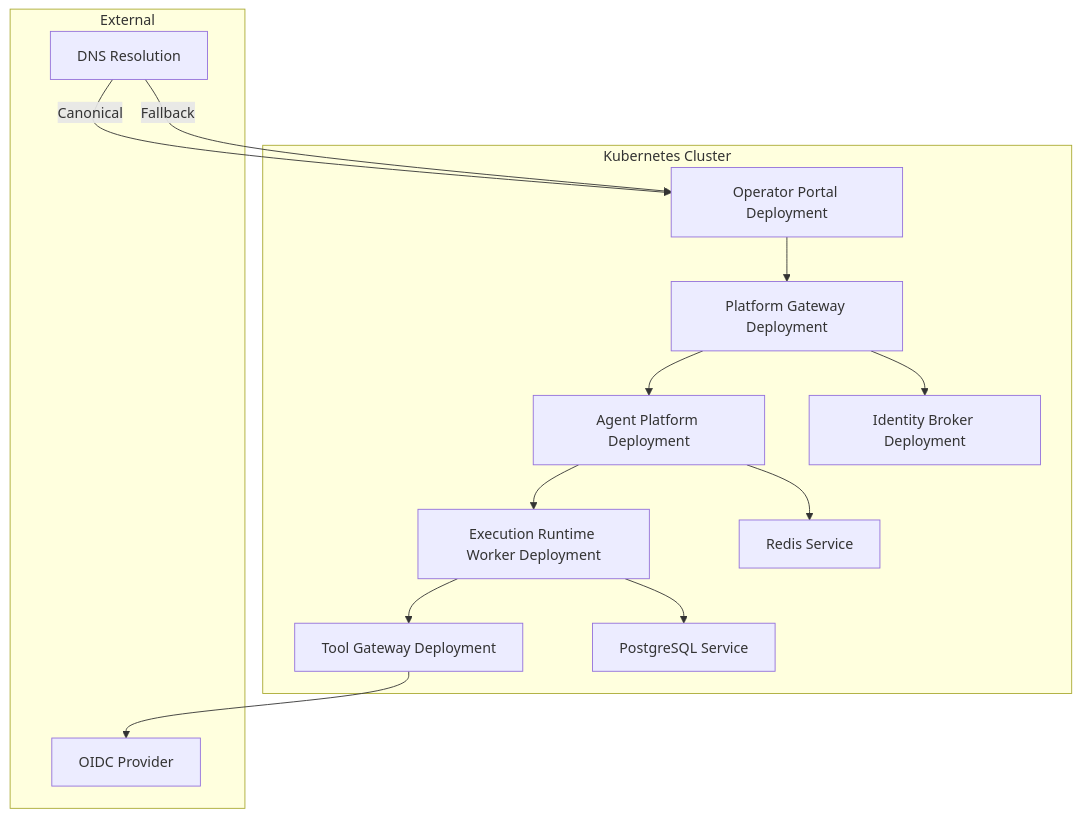
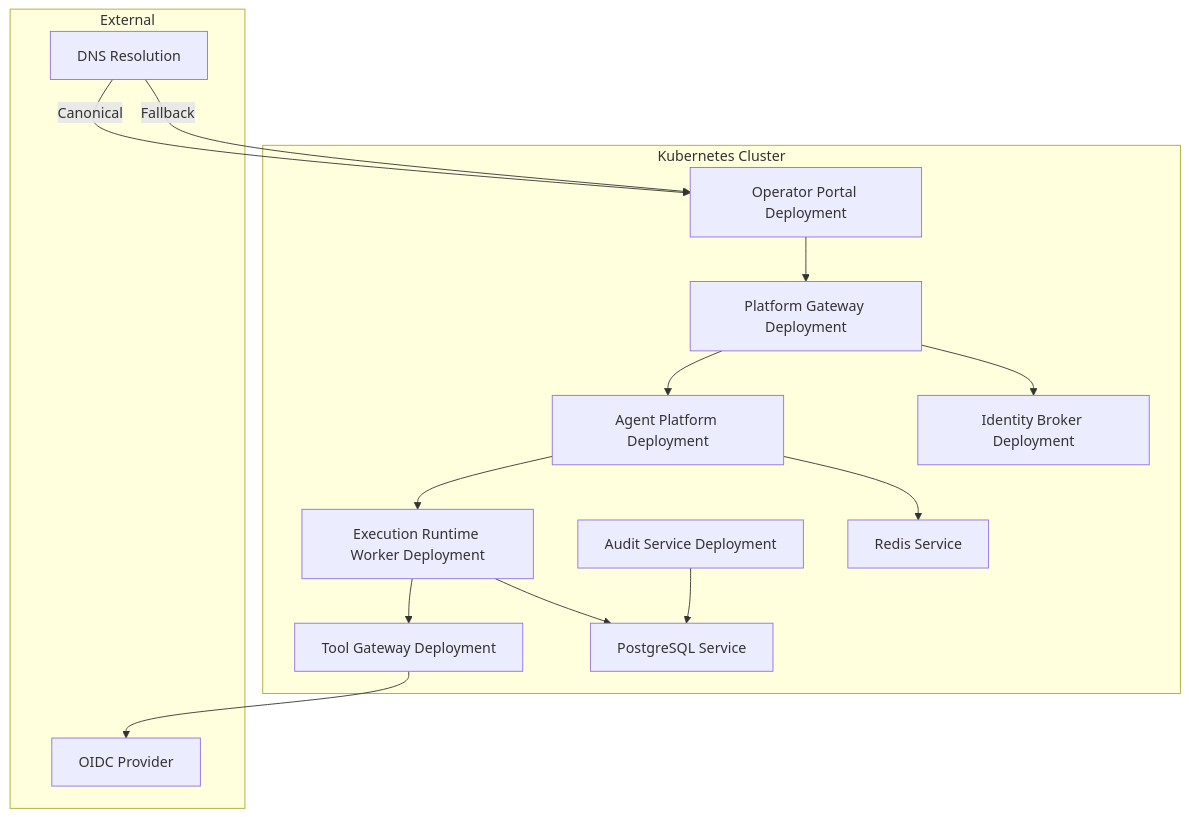
Before and after one commit to metasync/luban-aiops: the ninth of 9 diagrams in .qoder/repowiki/en/content/Architecture Documentation/Architecture Documentation.md, drawn with Mermaid. The commit also changed other lines of this file and 11 other files, not shown here.

````diff
--- a/.qoder/repowiki/en/content/Architecture Documentation/Architecture Documentation.md
+++ b/.qoder/repowiki/en/content/Architecture Documentation/Architecture Documentation.md
@@ -606,27 +640,29 @@
 ```mermaid
 graph TB
 subgraph "Kubernetes Cluster"
 PGW["Platform Gateway Deployment"]
 TGW["Tool Gateway Deployment"]
 ERW["Execution Runtime Worker Deployment"]
 AG["Agent Platform Deployment"]
 ID["Identity Broker Deployment"]
 UI["Operator Portal Deployment"]
+AS["Audit Service Deployment"]
 REDIS["Redis Service"]
 POSTGRES["PostgreSQL Service"]
 end
 subgraph "External"
 OIDC["OIDC Provider"]
 DNS["DNS Resolution"]
 end
 DNS --> |Canonical| UI
 DNS --> |Fallback| UI
 UI --> PGW
 PGW --> AG
 PGW --> ID
 AG --> ERW
 AG --> REDIS
 ERW --> TGW
 ERW --> POSTGRES
 TGW --> OIDC
+AS --> POSTGRES
 ```
````
